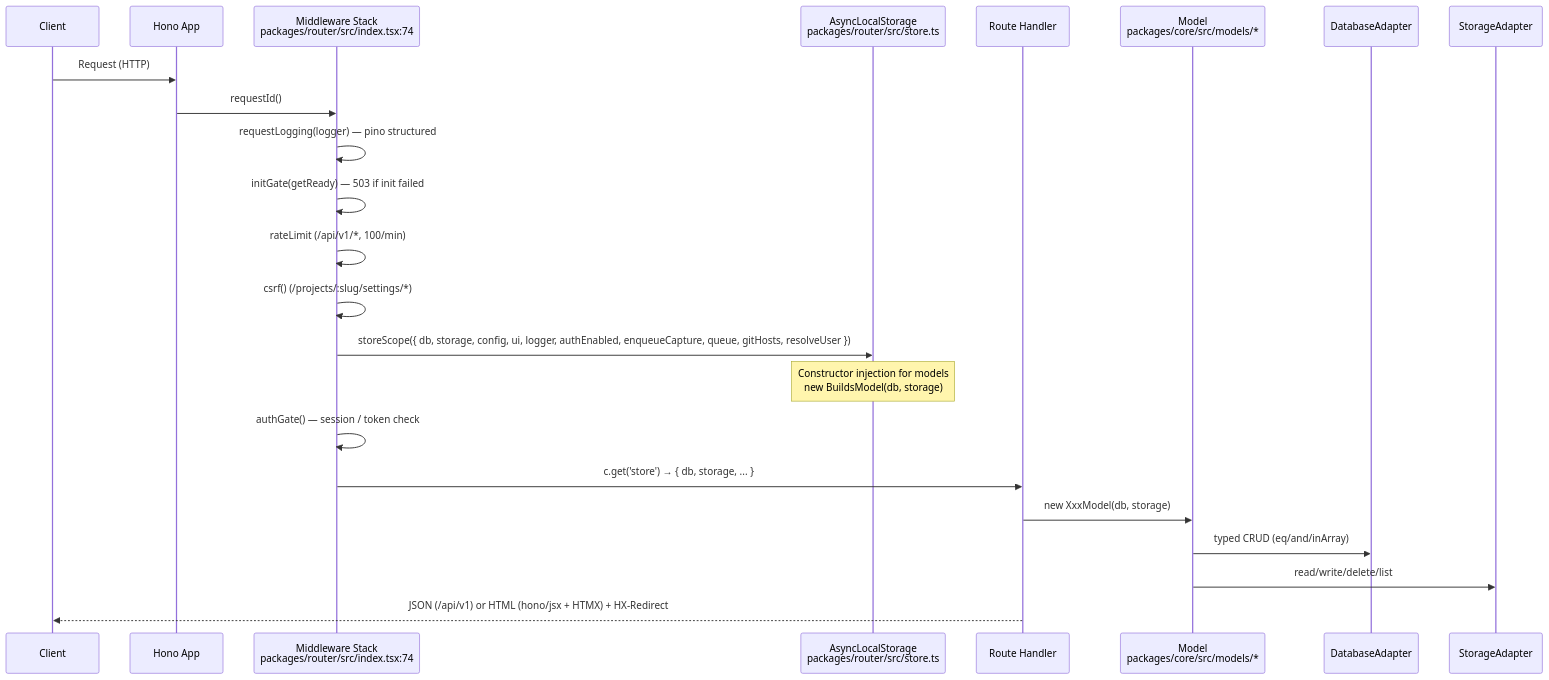
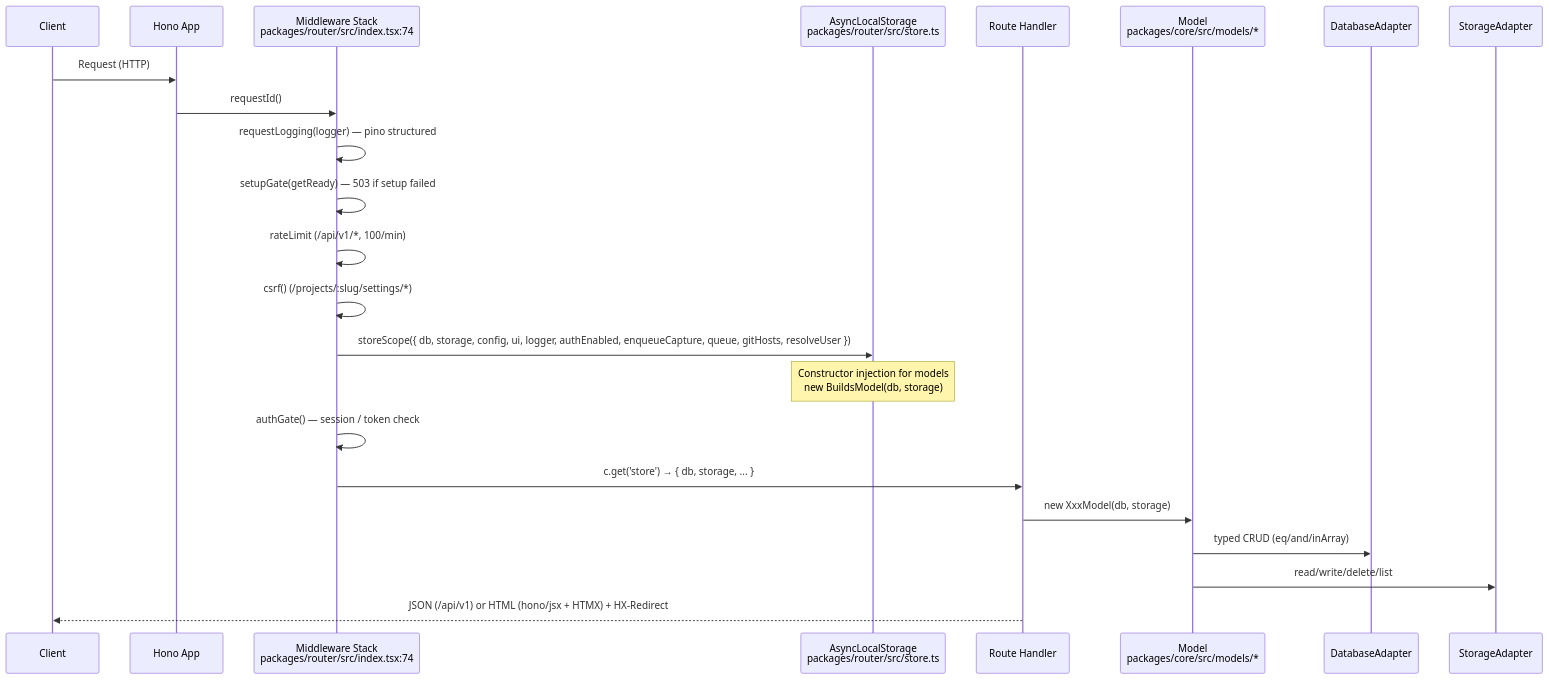
The fourth of 18 diagrams in docs/architecture-diagrams.md (GuptaSiddhant/StoryShelf), drawn with Mermaid before and after one commit. The commit also changed other lines of this file and 39 other files, not shown here.

````diff
--- a/docs/architecture-diagrams.md
+++ b/docs/architecture-diagrams.md
@@ -218,26 +218,26 @@
 ```mermaid
 sequenceDiagram
     participant Client
     participant Hono as Hono App
     participant MW as Middleware Stack<br/>packages/router/src/index.tsx:74
     participant Store as AsyncLocalStorage<br/>packages/router/src/store.ts
     participant Handler as Route Handler
     participant Model as Model<br/>packages/core/src/models/*
     participant DB as DatabaseAdapter
     participant Storage as StorageAdapter
 
     Client->>Hono: Request (HTTP)
     Hono->>MW: requestId()
     MW->>MW: requestLogging(logger) — pino structured
-    MW->>MW: initGate(getReady) — 503 if init failed
+    MW->>MW: setupGate(getReady) — 503 if setup failed
     MW->>MW: rateLimit (/api/v1/*, 100/min)
     MW->>MW: csrf() (/projects/:slug/settings/*)
     MW->>Store: storeScope({ db, storage, config, ui, logger, authEnabled, enqueueCapture, queue, gitHosts, resolveUser })
     Note over Store: Constructor injection for models<br/>new BuildsModel(db, storage)
     MW->>MW: authGate() — session / token check
     MW->>Handler: c.get('store') → { db, storage, ... }
     Handler->>Model: new XxxModel(db, storage)
     Model->>DB: typed CRUD (eq/and/inArray)
     Model->>Storage: read/write/delete/list
     Handler-->>Client: JSON (/api/v1) or HTML (hono/jsx + HTMX) + HX-Redirect
 ```
````
